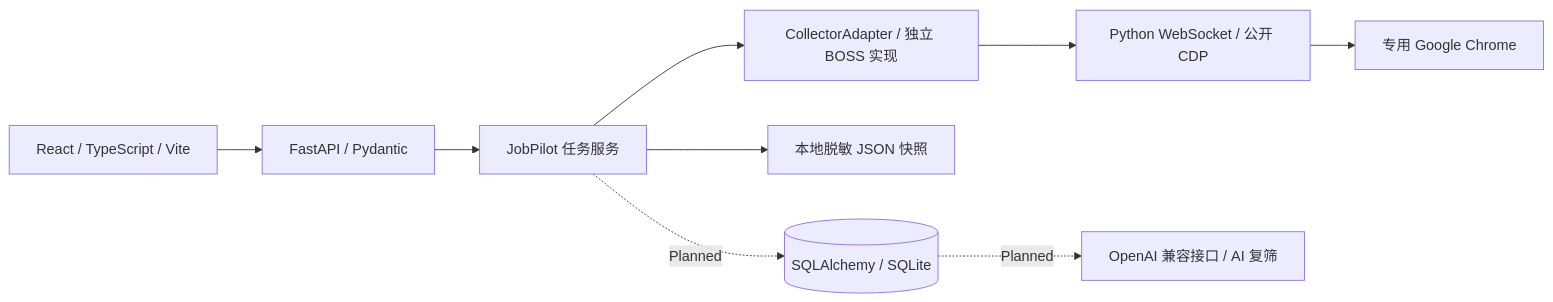
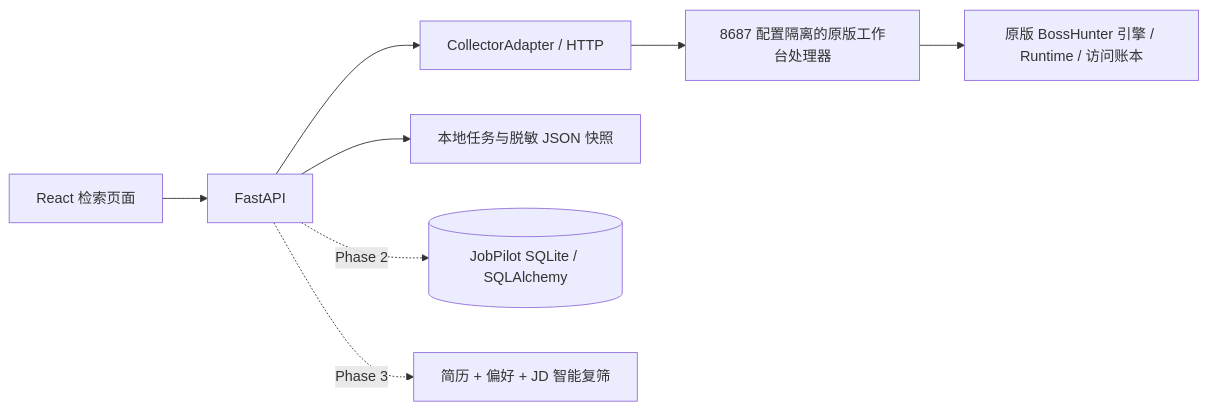
The diagram in README.md (syl07061/JobPilot), drawn with Mermaid before and after one commit. The commit also changed other lines of this file and 27 other files, not shown here.

````diff
--- a/README.md
+++ b/README.md
@@ -43,11 +361,10 @@
 ```mermaid
 flowchart LR
-    UI[React / TypeScript / Vite] --> API[FastAPI / Pydantic]
-    API --> Service[JobPilot 任务服务]
-    Service --> Collector[CollectorAdapter / 独立 BOSS 实现]
-    Collector --> CDP[Python WebSocket / 公开 CDP]
-    CDP --> Chrome[专用 Google Chrome]
-    Service --> Snapshots[本地脱敏 JSON 快照]
-    Service -. Planned .-> DB[(SQLAlchemy / SQLite)]
-    DB -. Planned .-> AI[OpenAI 兼容接口 / AI 复筛]
+    UI[React 检索页面] --> API[FastAPI]
+    API --> Adapter[CollectorAdapter / HTTP]
+    Adapter --> Compat[8687 配置隔离的原版工作台处理器]
+    Compat --> BH[原版 BossHunter 引擎 / Runtime / 访问账本]
+    API --> Snap[本地任务与脱敏 JSON 快照]
+    API -. Phase 2 .-> DB[(JobPilot SQLite / SQLAlchemy)]
+    API -. Phase 3 .-> AI[简历 + 偏好 + JD 智能复筛]
 ```
````
